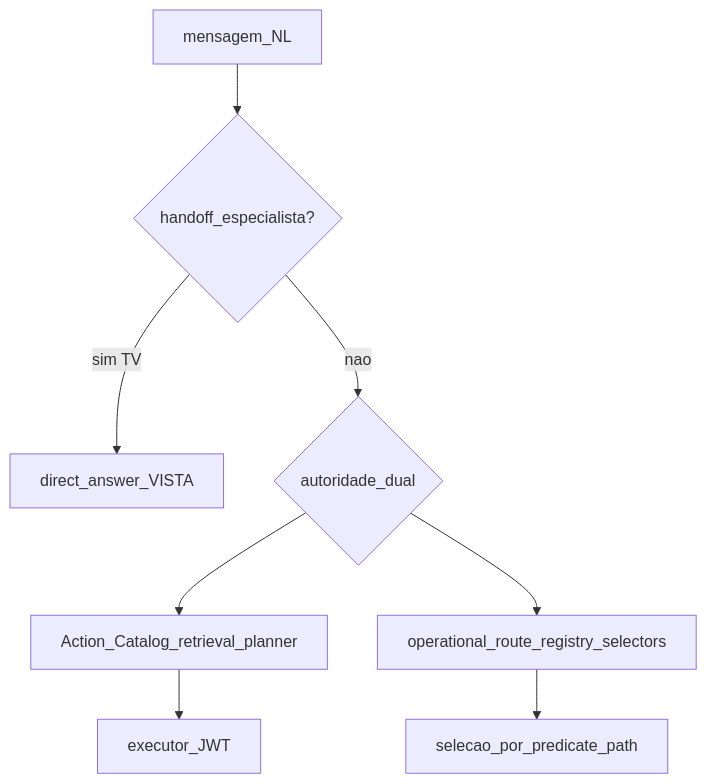
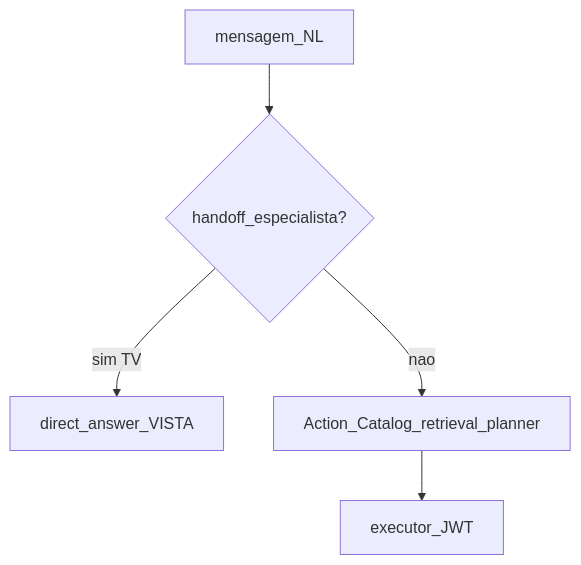
The second of 2 diagrams in minha-delpi-ai-api/docs/architecture/chat-openapi-first-refactor-playbook.md (roberiooliveiradev/delpi-central), drawn with Mermaid before and after one commit. The commit also changed other lines of this file and 26 other files, not shown here.

````diff
--- a/minha-delpi-ai-api/docs/architecture/chat-openapi-first-refactor-playbook.md
+++ b/minha-delpi-ai-api/docs/architecture/chat-openapi-first-refactor-playbook.md
@@ -154,11 +154,8 @@
 ```mermaid
 flowchart TB
   NL[mensagem_NL]
   NL --> Handoff{handoff_especialista?}
   Handoff -->|sim TV| VistaAns[direct_answer_VISTA]
-  Handoff -->|nao| Dual{autoridade_dual}
-  Dual --> CatalogPath[Action_Catalog_retrieval_planner]
-  Dual --> RegistryPath[operational_route_registry_selectors]
+  Handoff -->|nao| CatalogPath[Action_Catalog_retrieval_planner]
   CatalogPath --> ExecOK[executor_JWT]
-  RegistryPath --> ExecLegacy[selecao_por_predicate_path]
 ```
````
